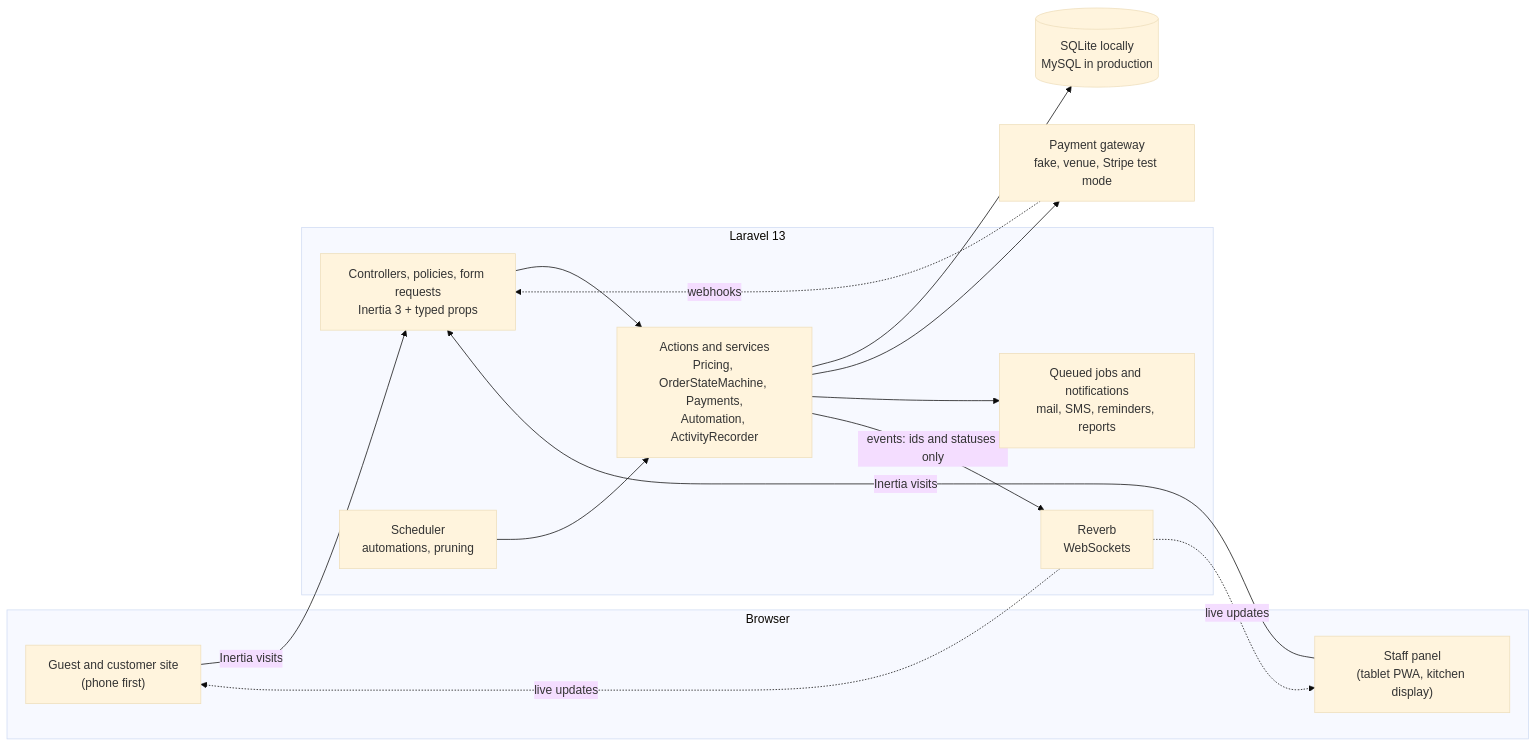
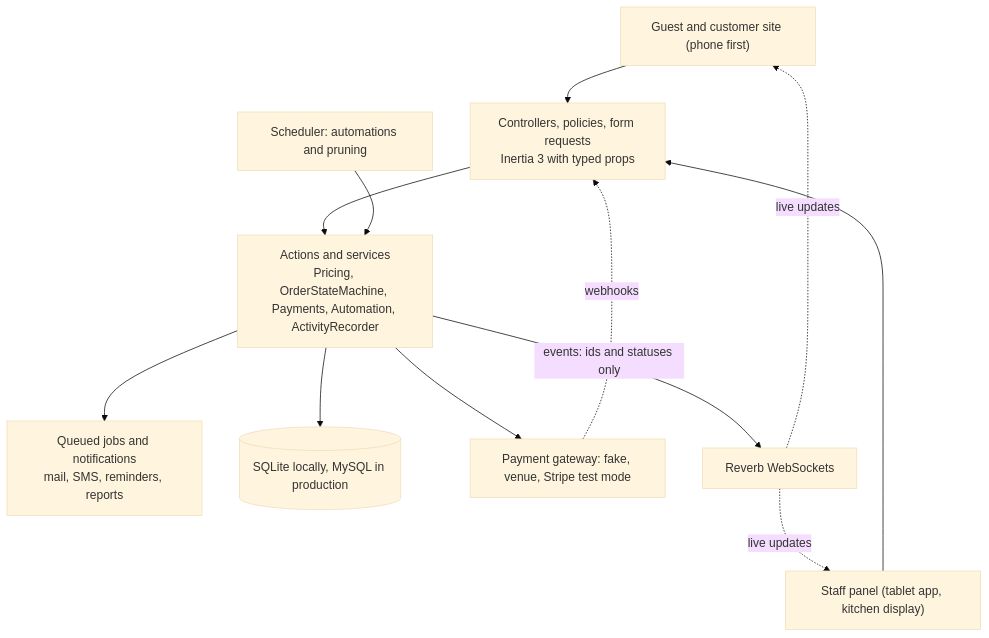
Before and after one commit to Md-Foisal/tandoor-house: the first of 2 diagrams in README.md, drawn with Mermaid (base theme). The commit also changed other lines of this file, not shown here.

Commit message:
docs: make the architecture diagram easier to read

````diff
--- a/README.md
+++ b/README.md
@@ -155,30 +155,24 @@
 ```mermaid
-flowchart LR
-    subgraph Browser
-        Guest["Guest and customer site<br/>(phone first)"]
-        Staff["Staff panel<br/>(tablet PWA, kitchen display)"]
-    end
+flowchart TB
+    Guest["Guest and customer site (phone first)"]
+    Staff["Staff panel (tablet app, kitchen display)"]
+    Inertia["Controllers, policies, form requests<br/>Inertia 3 with typed props"]
+    Domain["Actions and services<br/>Pricing, OrderStateMachine, Payments, Automation, ActivityRecorder"]
+    Queue["Queued jobs and notifications<br/>mail, SMS, reminders, reports"]
+    Sched["Scheduler: automations and pruning"]
+    DB[("SQLite locally, MySQL in production")]
+    Gateway["Payment gateway: fake, venue, Stripe test mode"]
+    Reverb["Reverb WebSockets"]
 
-    subgraph Laravel["Laravel 13"]
-        Inertia["Controllers, policies, form requests<br/>Inertia 3 + typed props"]
-        Domain["Actions and services<br/>Pricing, OrderStateMachine, Payments,<br/>Automation, ActivityRecorder"]
-        Queue["Queued jobs and notifications<br/>mail, SMS, reminders, reports"]
-        Sched["Scheduler<br/>automations, pruning"]
-        Reverb["Reverb<br/>WebSockets"]
-    end
-
-    DB[("SQLite locally<br/>MySQL in production")]
-    Gateway["Payment gateway<br/>fake, venue, Stripe test mode"]
-
-    Guest -->|"Inertia visits"| Inertia
-    Staff -->|"Inertia visits"| Inertia
+    Guest --> Inertia
+    Staff --> Inertia
     Inertia --> Domain
+    Sched --> Domain
     Domain --> DB
     Domain --> Gateway
-    Gateway -.->|"webhooks"| Inertia
+    Gateway -.->|webhooks| Inertia
     Domain --> Queue
-    Sched --> Domain
     Domain -->|"events: ids and statuses only"| Reverb
-    Reverb -.->|"live updates"| Guest
-    Reverb -.->|"live updates"| Staff
+    Reverb -.->|live updates| Guest
+    Reverb -.->|live updates| Staff
 ```
````
